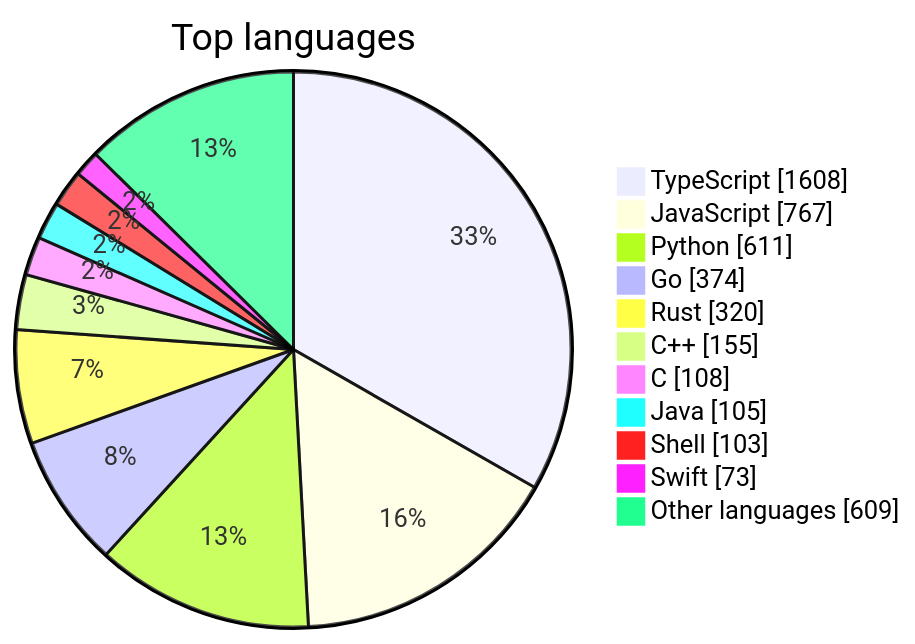
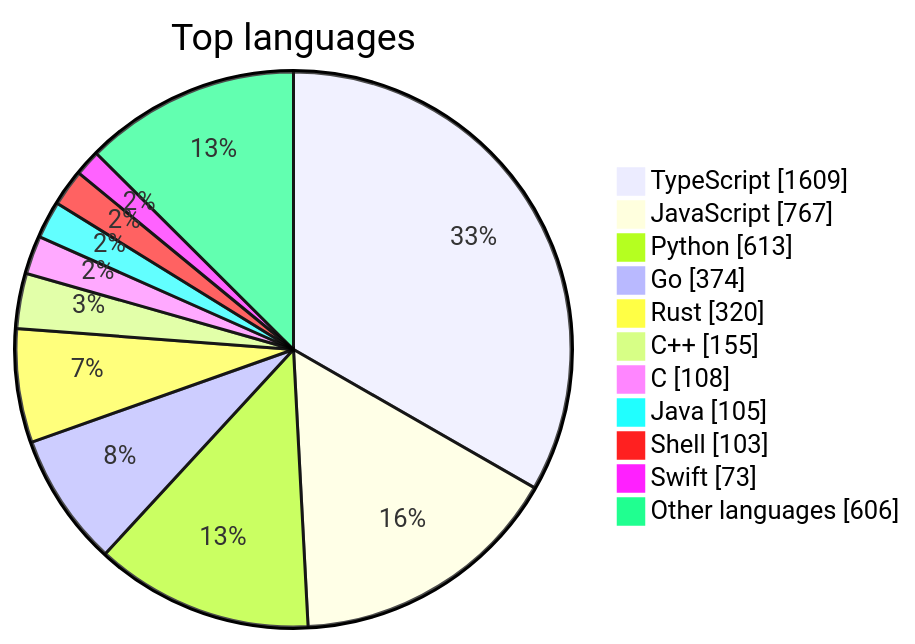
Before and after one commit to maxgfr/awesome-stars: the first of 2 diagrams in README.md, drawn with Mermaid. The commit also changed other lines of this file and 26 other files, not shown here.

````diff
--- a/README.md
+++ b/README.md
@@ -39,14 +39,14 @@
 ```mermaid
 pie showData title Top languages
-    "TypeScript" : 1608
+    "TypeScript" : 1609
     "JavaScript" : 767
-    "Python" : 611
+    "Python" : 613
     "Go" : 374
     "Rust" : 320
     "C++" : 155
     "C" : 108
     "Java" : 105
     "Shell" : 103
     "Swift" : 73
-    "Other languages" : 609
+    "Other languages" : 606
 ```
````
